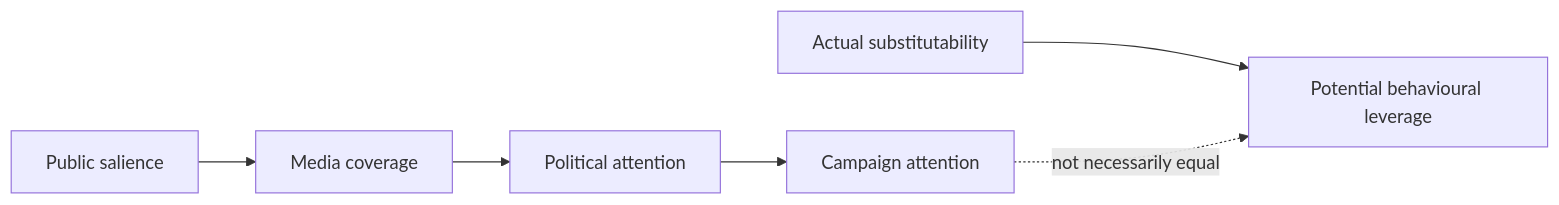
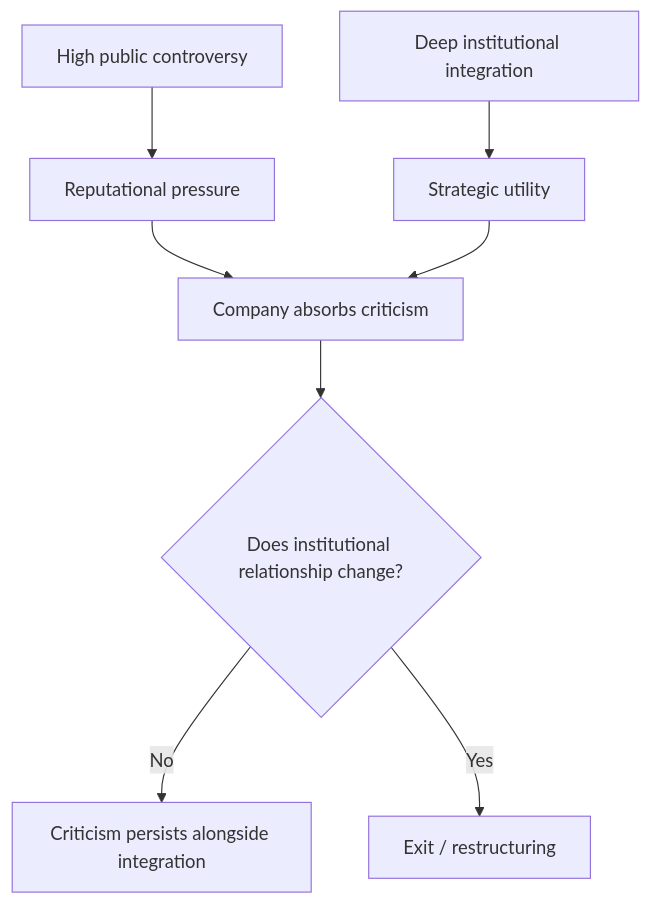
Before and after one commit to josefsbreakfast/Polaris-Protocol: the eighth of 14 diagrams in 🌓_3_In_The_Moment/📲_Press_Matters/🇵🇸_Palestine_Factchecking/🌍_Global_Powers/💸_incentivising_behavioural_change_and_bds.md, drawn with Mermaid. The commit also changed other lines of this file, not shown here.

````diff
--- a/🌓_3_In_The_Moment/📲_Press_Matters/🇵🇸_Palestine_Factchecking/🌍_Global_Powers/💸_incentivising_behavioural_change_and_bds.md
+++ b/🌓_3_In_The_Moment/📲_Press_Matters/🇵🇸_Palestine_Factchecking/🌍_Global_Powers/💸_incentivising_behavioural_change_and_bds.md
@@ -406,12 +303,15 @@
 ```mermaid
-flowchart LR
-    A[Public salience]
-    --> B[Media coverage]
-    --> C[Political attention]
-    --> D[Campaign attention]
+flowchart TD
+    A[High public controversy]
+    --> B[Reputational pressure]
 
-    E[Actual substitutability]
-    --> F[Potential behavioural leverage]
+    C[Deep institutional integration]
+    --> D[Strategic utility]
 
-    D -. not necessarily equal .-> F
+    B --> E[Company absorbs criticism]
+    D --> E
+
+    E --> F{Does institutional relationship change?}
+    F -->|No| G[Criticism persists alongside integration]
+    F -->|Yes| H[Exit / restructuring]
 ```
````
